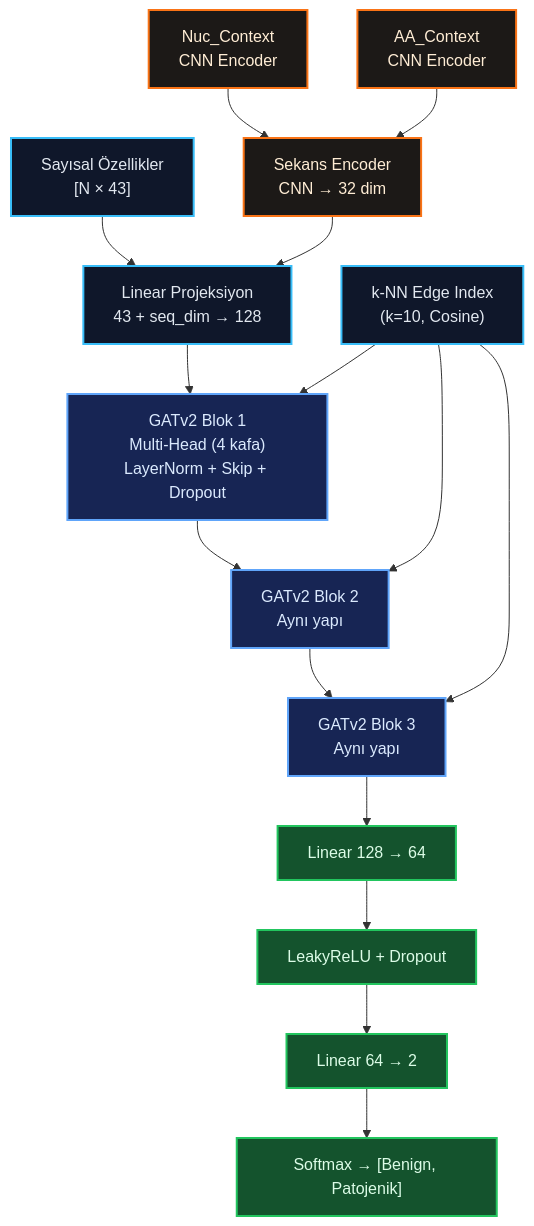
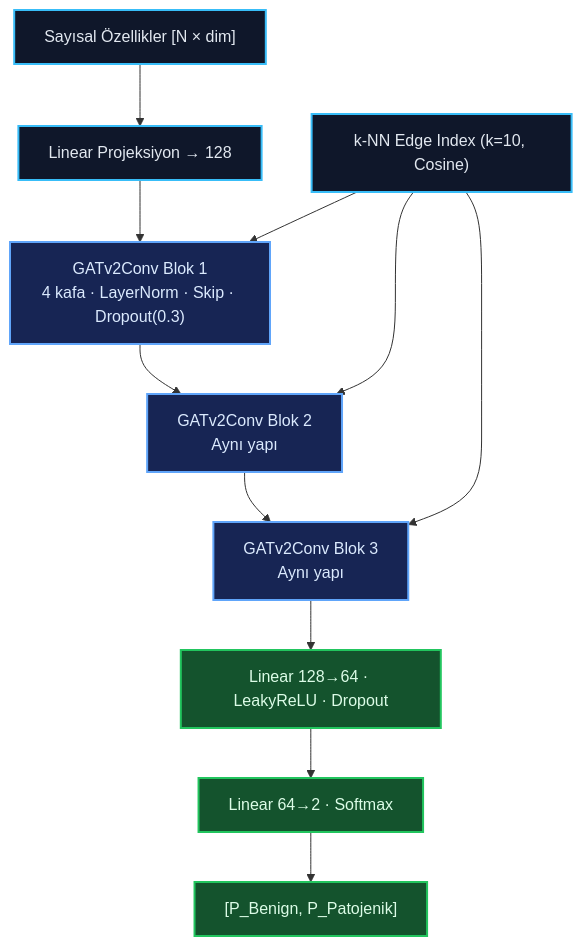
One commit to msgxr/VARIANT-GNN changed the second of 6 diagrams in README.md. Above: the diagram before and after it, drawn with Mermaid. The commit also changed other lines of this file, not shown here.

````diff
--- a/README.md
+++ b/README.md
@@ -199,29 +146,21 @@
 ```mermaid
 graph TB
     classDef inp fill:#0f172a,stroke:#38bdf8,stroke-width:2px,color:#e2e8f0
-    classDef enc fill:#1c1917,stroke:#f97316,stroke-width:2px,color:#ffedd5
     classDef gat fill:#172554,stroke:#60a5fa,stroke-width:2px,color:#dbeafe
     classDef cls fill:#14532d,stroke:#22c55e,stroke-width:2px,color:#dcfce7
 
-    NF["Sayısal Özellikler\n[N × 43]"]:::inp
-    NC["Nuc_Context\nCNN Encoder"]:::enc
-    AC["AA_Context\nCNN Encoder"]:::enc
+    NF["Sayısal Özellikler [N × dim]"]:::inp
+    NF --> PROJ["Linear Projeksiyon → 128"]:::inp
 
-    NF --> PROJ["Linear Projeksiyon\n43 + seq_dim → 128"]:::inp
-    NC --> SE["Sekans Encoder\nCNN → 32 dim"]:::enc
-    AC --> SE
-    SE --> PROJ
+    PROJ --> B1["GATv2Conv Blok 1\n4 kafa · LayerNorm · Skip · Dropout(0.3)"]:::gat
+    B1 --> B2["GATv2Conv Blok 2\nAynı yapı"]:::gat
+    B2 --> B3["GATv2Conv Blok 3\nAynı yapı"]:::gat
 
-    PROJ --> B1["GATv2 Blok 1\nMulti-Head (4 kafa)\nLayerNorm + Skip + Dropout"]:::gat
-    B1 --> B2["GATv2 Blok 2\nAynı yapı"]:::gat
-    B2 --> B3["GATv2 Blok 3\nAynı yapı"]:::gat
+    B3 --> C1["Linear 128→64 · LeakyReLU · Dropout"]:::cls
+    C1 --> C2["Linear 64→2 · Softmax"]:::cls
+    C2 --> OUT["[P_Benign, P_Patojenik]"]:::cls
 
-    B3 --> C1["Linear 128 → 64"]:::cls
-    C1 --> C2["LeakyReLU + Dropout"]:::cls
-    C2 --> C3["Linear 64 → 2"]:::cls
-    C3 --> OUT["Softmax → [Benign, Patojenik]"]:::cls
-
-    EDGE["k-NN Edge Index\n(k=10, Cosine)"]:::inp --> B1
+    EDGE["k-NN Edge Index (k=10, Cosine)"]:::inp --> B1
     EDGE --> B2
     EDGE --> B3
 ```
````
